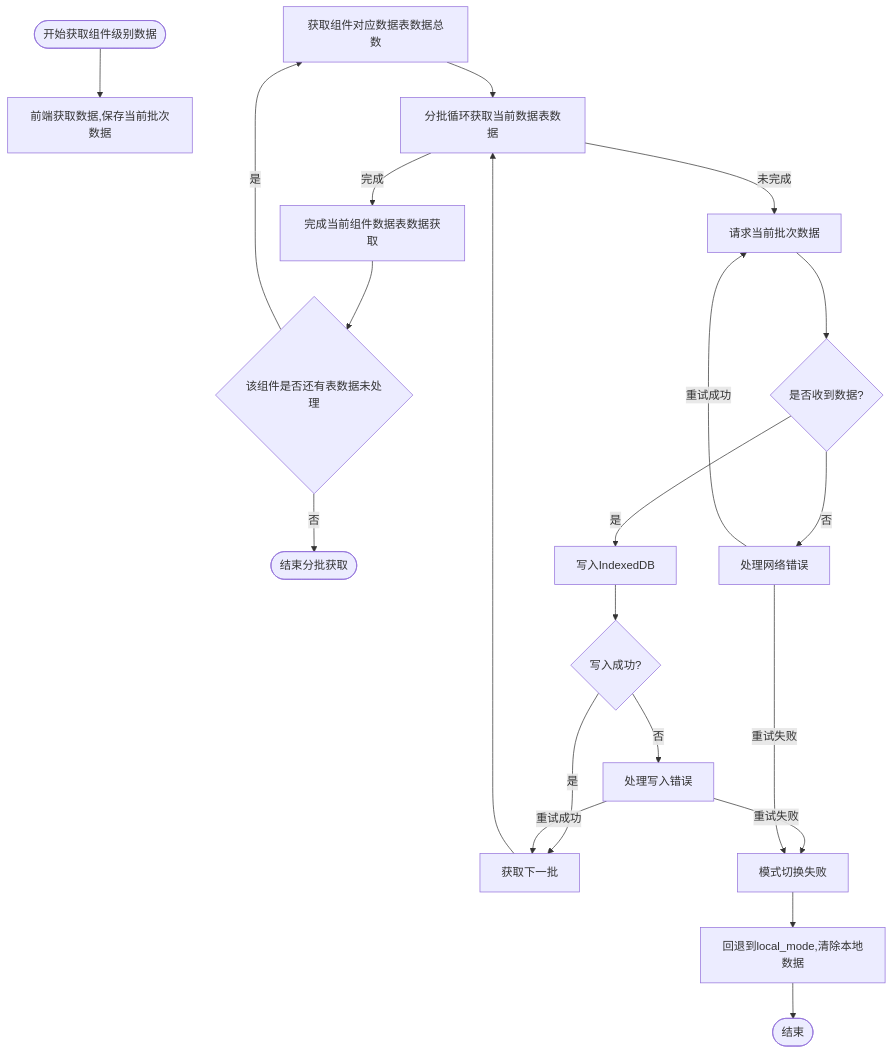
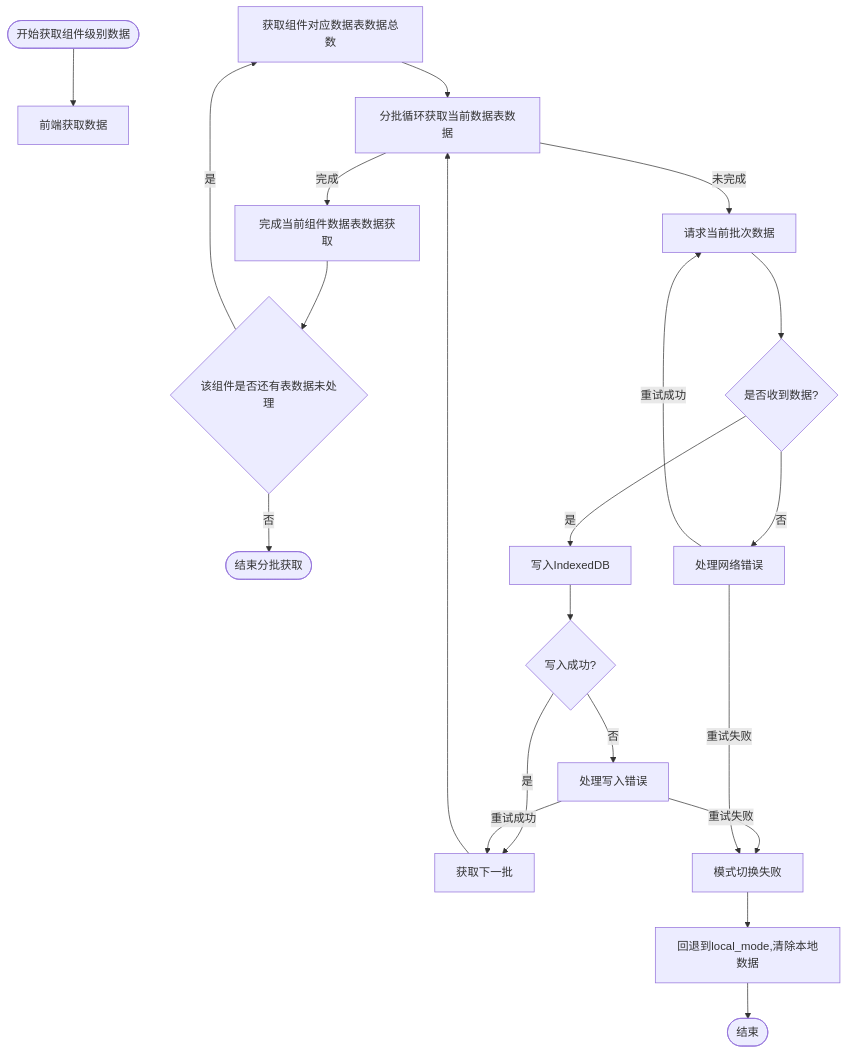
The diagram in all/未命名-59.md (yingjianzh/iodraw-files), drawn with Mermaid before and after one commit.

Commit message:
2025-05-14 15:10:05 update

````diff
--- a/all/未命名-59.md
+++ b/all/未命名-59.md
@@ -1,40 +1,41 @@
 ```mermaid
 
 
 flowchart TD
-    StartBatch([开始获取组件级别数据]) --> FrontSaveTimestamp[前端获取数据,保存当前批次数据]
+    StartBatch([开始获取组件级别数据]) --> FrontSaveTimestamp[前端获取数据]
     
-    
+
+    FrontSaveTimestamp
     
     InitializeBatch[获取组件对应数据表数据总数]
     InitializeBatch --> CheckBatchSize[分批循环获取当前数据表数据]
     
     CheckBatchSize -->|完成| BatchComplete[完成当前组件数据表数据获取]
 
 
     BatchComplete --> HasNext{该组件是否还有表数据未处理}
 
     HasNext --> |是| InitializeBatch
     HasNext --> |否| EndBatch([结束分批获取])
 
     
     CheckBatchSize -->|未完成| RequestBatch[请求当前批次数据]
     RequestBatch --> ReceiveBatch{是否收到数据?}
     
     ReceiveBatch -->|是| WriteToDB[写入IndexedDB]
     
     WriteToDB --> BatchSuccess{写入成功?}
     BatchSuccess -->|是| NextBatch[获取下一批]
     BatchSuccess -->|否| HandleError[处理写入错误]
     HandleError -->|重试成功| NextBatch
     HandleError -->|重试失败| ModeFailed[模式切换失败]
     ModeFailed --> Abort[回退到local_mode,清除本地数据]
     Abort --> End([结束])
     
     ReceiveBatch -->|否| HandleNetworkError[处理网络错误]
     HandleNetworkError -->|重试成功| RequestBatch
     HandleNetworkError -->|重试失败| ModeFailed
     
     NextBatch --> CheckBatchSize
 
 ```
````
